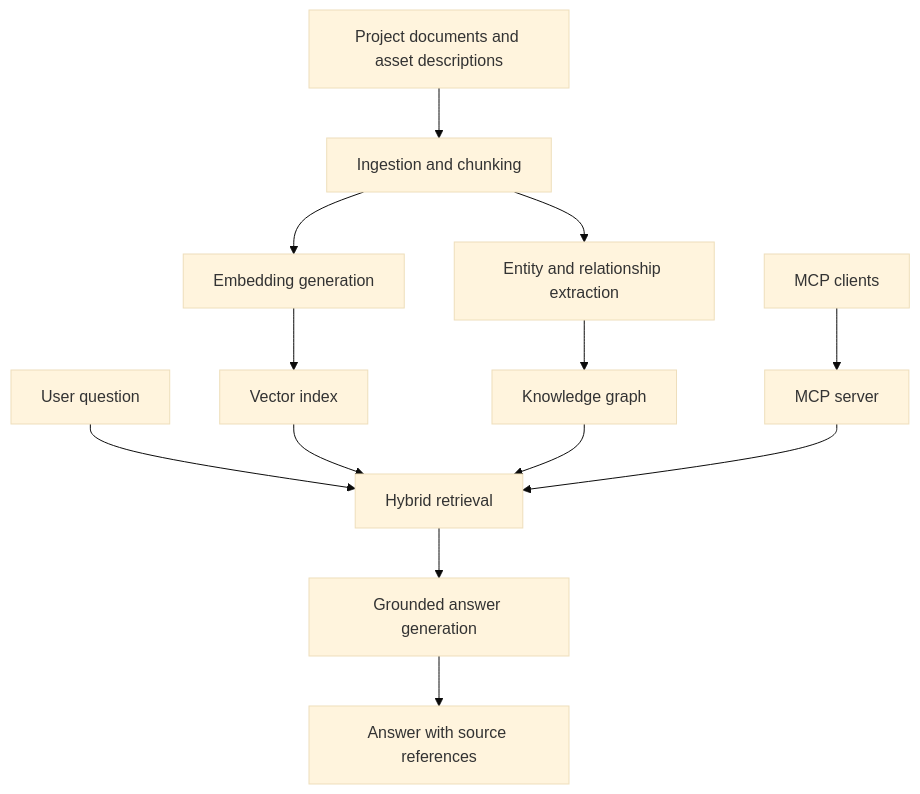
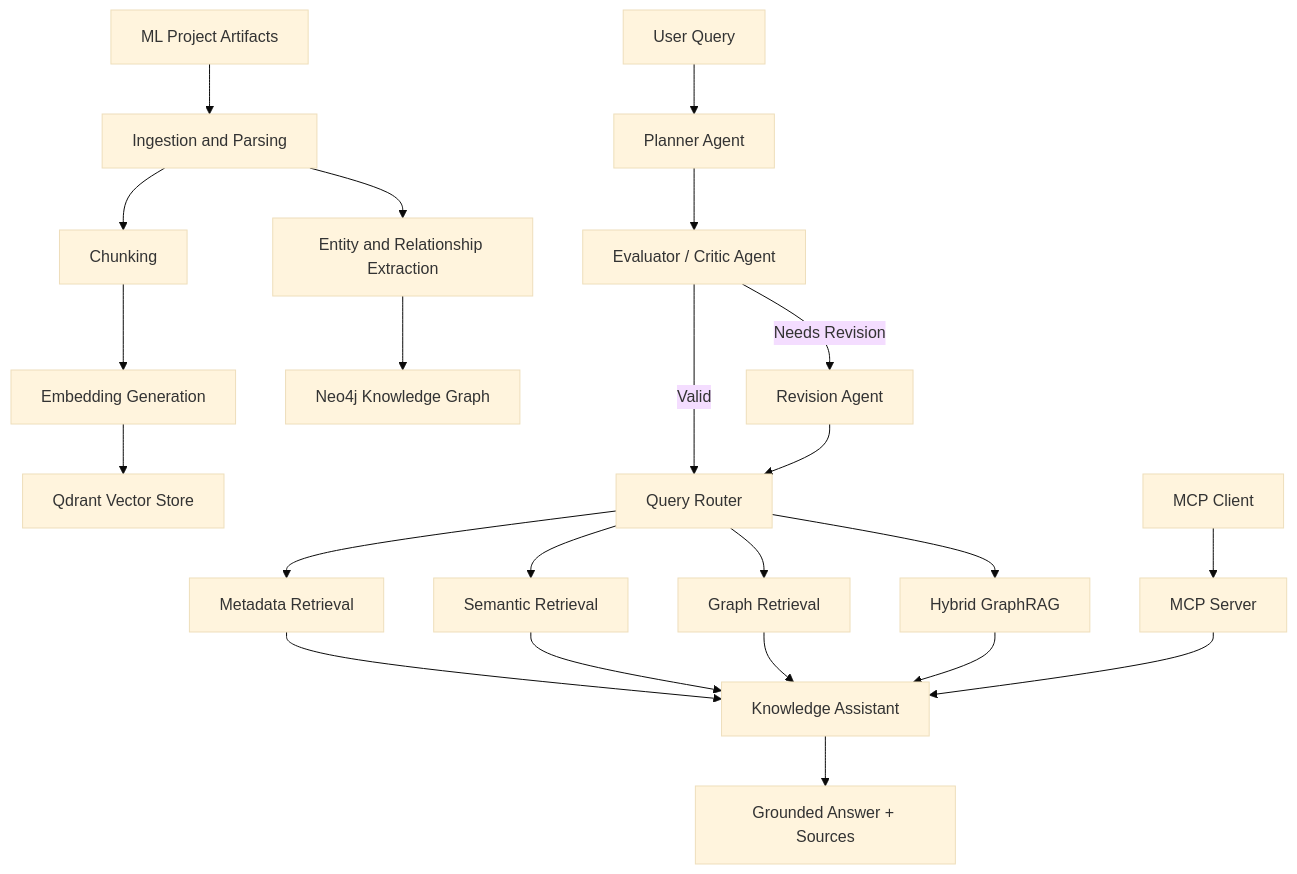
Before and after one commit to avishek-018/MLKnowledgeHub: the diagram in README.md, drawn with Mermaid (base theme). The commit also changed other lines of this file and 6 other files, not shown here.

````diff
--- a/README.md
+++ b/README.md
@@ -73,15 +70,33 @@
 ```mermaid
 flowchart TD
-    A[Project documents and asset descriptions] --> B[Ingestion and chunking]
-    B --> C[Embedding generation]
-    C --> D[Vector index]
-    B --> E[Entity and relationship extraction]
-    E --> F[Knowledge graph]
-    Q[User question] --> R[Hybrid retrieval]
-    D --> R
-    F --> R
-    R --> G[Grounded answer generation]
-    G --> H[Answer with source references]
-    M[MCP clients] --> S[MCP server]
-    S --> R
+
+    A[ML Project Artifacts] --> B[Ingestion and Parsing]
+
+    B --> C[Chunking]
+    C --> D[Embedding Generation]
+    D --> E[Qdrant Vector Store]
+
+    B --> F[Entity and Relationship Extraction]
+    F --> G[Neo4j Knowledge Graph]
+
+    Q[User Query] --> P[Planner Agent]
+    P --> C1[Evaluator / Critic Agent]
+    C1 -->|Valid| R[Query Router]
+    C1 -->|Needs Revision| V[Revision Agent]
+    V --> R
+
+    R --> M[Metadata Retrieval]
+    R --> S[Semantic Retrieval]
+    R --> K[Graph Retrieval]
+    R --> H[Hybrid GraphRAG]
+
+    M --> A1[Knowledge Assistant]
+    S --> A1
+    K --> A1
+    H --> A1
+
+    A1 --> G1[Grounded Answer + Sources]
+
+    X[MCP Client] --> Y[MCP Server]
+    Y --> A1
 ```
````
